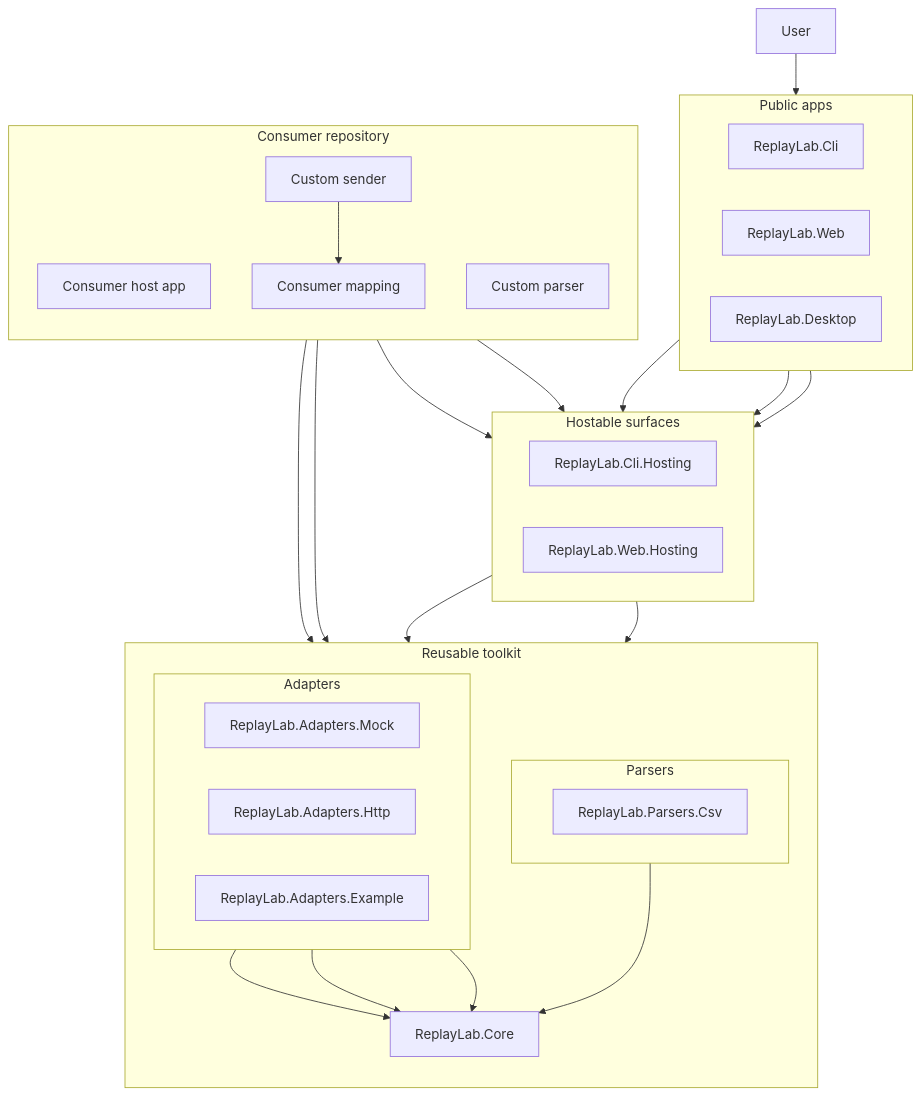
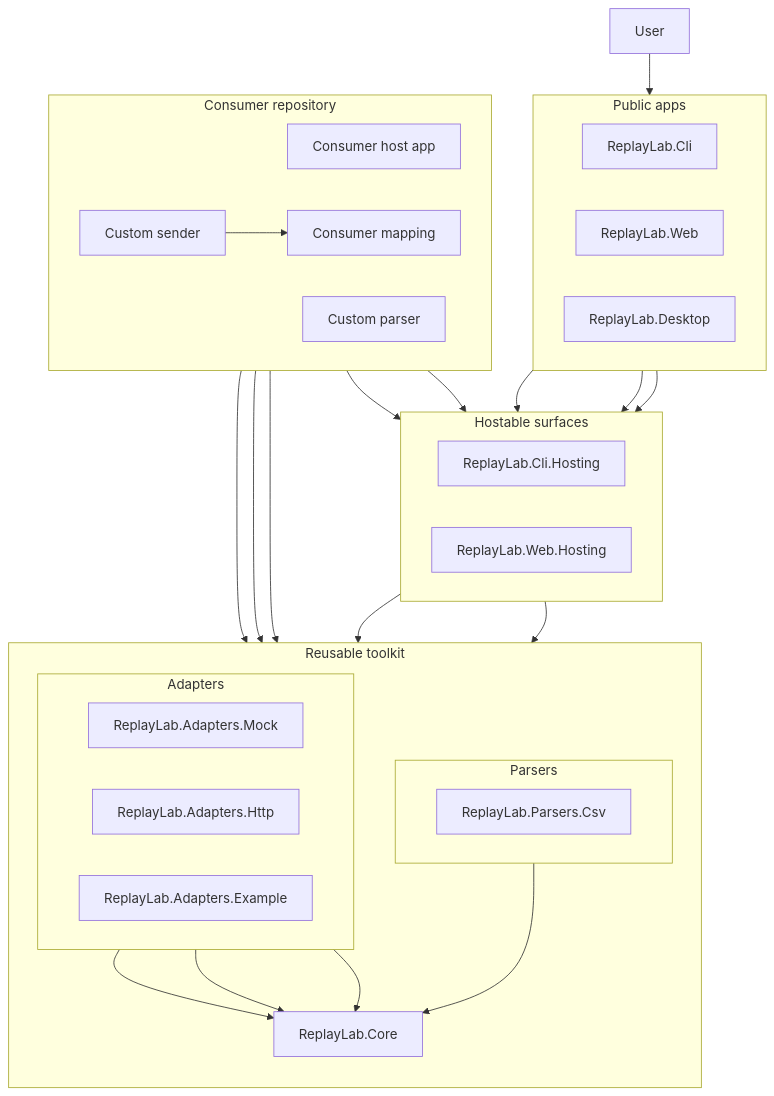
The second of 6 diagrams in docs/architecture.md (Winz79/replaylab), drawn with Mermaid before and after one commit.

Commit message:
docs: place consumer repository below hosting surfaces

````diff
--- a/docs/architecture.md
+++ b/docs/architecture.md
@@ -27,61 +27,63 @@
 ```mermaid
 flowchart TB
     User[User]
 
     subgraph Apps[Public apps]
         direction LR
         CLI[ReplayLab.Cli]
         Web[ReplayLab.Web]
         Desktop[ReplayLab.Desktop]
     end
 
     subgraph Hosting[Hostable surfaces]
         direction LR
         CliHosting[ReplayLab.Cli.Hosting]
         WebHosting[ReplayLab.Web.Hosting]
+    end
+
+    subgraph Consumer[Consumer repository]
+        direction LR
+        ConsumerHost[Consumer host app]
+        CustomParser[Custom parser]
+        CustomSender[Custom sender]
+        Mapping[Consumer mapping]
     end
 
     subgraph Toolkit[Reusable toolkit]
         direction TB
         Core[ReplayLab.Core]
 
         subgraph Inputs[Parsers]
             direction LR
             Csv[ReplayLab.Parsers.Csv]
         end
 
         subgraph Outputs[Adapters]
             direction LR
             Mock[ReplayLab.Adapters.Mock]
             Http[ReplayLab.Adapters.Http]
             Example[ReplayLab.Adapters.Example]
         end
     end
 
-    subgraph Consumer[Consumer repository]
-        direction TB
-        ConsumerHost[Consumer host app]
-        CustomParser[Custom parser]
-        CustomSender[Custom sender]
-        Mapping[Consumer mapping]
-    end
-
     User --> Apps
 
     CLI --> CliHosting
     Web --> WebHosting
     Desktop --> WebHosting
 
     CliHosting --> Core
     WebHosting --> Core
+
+    ConsumerHost --> CliHosting
+    ConsumerHost --> WebHosting
+    ConsumerHost --> Core
+    CustomParser --> Core
+    CustomSender --> Core
+    CustomSender --> Mapping
+
     Csv --> Core
     Mock --> Core
     Http --> Core
     Example --> Core
-
-    ConsumerHost --> CliHosting
-    ConsumerHost --> WebHosting
-    CustomParser --> Core
-    CustomSender --> Core
-    CustomSender --> Mapping
 ```
````
